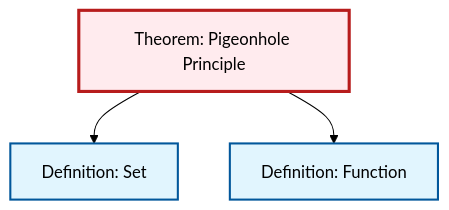
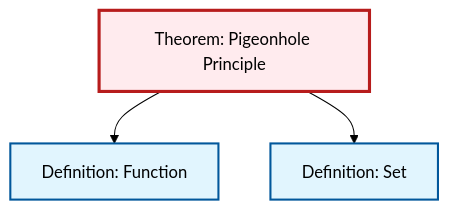
One commit to RK0429/ModernMath changed the diagram in content/en/combinatorics/thm-pigeonhole-principle.qmd. Above: the diagram before and after it, drawn with Mermaid (forest theme). The commit also changed other lines of this file and 1012 other files, not shown here.

````diff
--- a/content/en/combinatorics/thm-pigeonhole-principle.qmd
+++ b/content/en/combinatorics/thm-pigeonhole-principle.qmd
@@ -64,17 +64,17 @@
 ```{mermaid}
 %%| fig-cap: "Local dependency graph"
 graph TD
     classDef definition fill:#e1f5fe,stroke:#01579b,stroke-width:2px
     classDef theorem fill:#f3e5f5,stroke:#4a148c,stroke-width:2px
     classDef axiom fill:#fff3e0,stroke:#e65100,stroke-width:2px
     classDef example fill:#e8f5e9,stroke:#1b5e20,stroke-width:2px
     classDef current fill:#ffebee,stroke:#b71c1c,stroke-width:3px
+    thm-pigeonhole-principle["Theorem: Pigeonhole Principle"]:::theorem
     def-function["Definition: Function"]:::definition
-    thm-pigeonhole-principle["Theorem: Pigeonhole Principle"]:::theorem
     def-set["Definition: Set"]:::definition
+    thm-pigeonhole-principle --> def-function
     thm-pigeonhole-principle --> def-set
-    thm-pigeonhole-principle --> def-function
     class thm-pigeonhole-principle current
     click def-function "def-function.html" "Go to Function definition"
     click def-set "def-set.html" "Go to Set definition"
 ```
````
